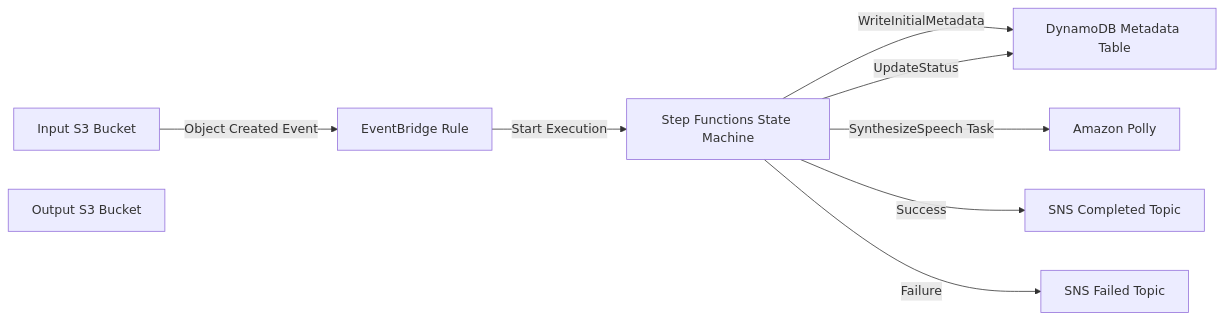
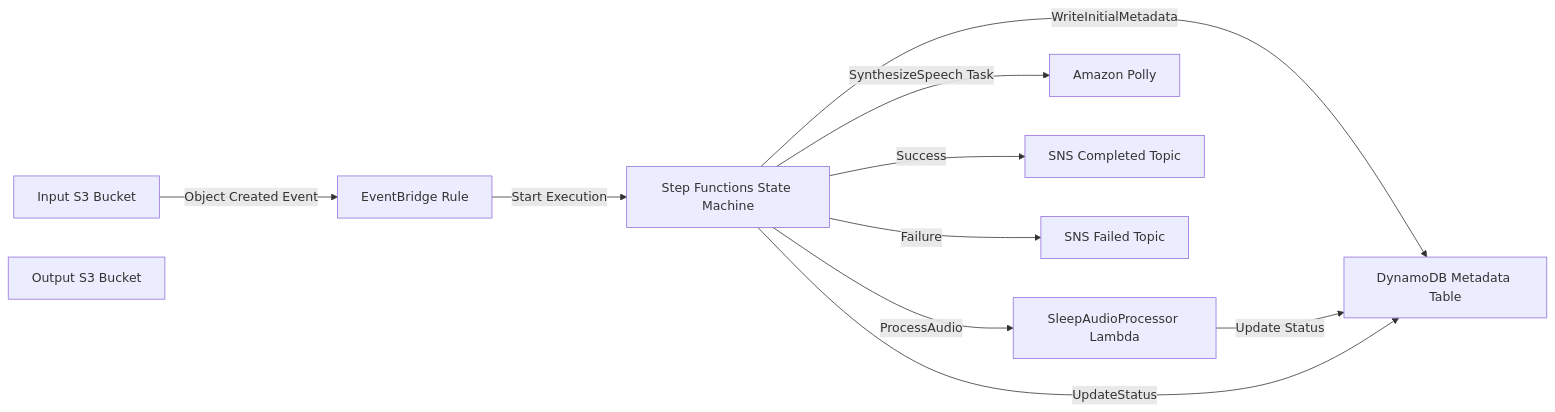
Before and after one commit to obstreperous-ai/cdk-sleep-csharp-kiro: the second of 2 diagrams in docs/ARCHITECTURE.md, drawn with Mermaid. The commit also changed other lines of this file and 4 other files, not shown here.

First line of the commit message:
feat: add SleepAudioProcessor Lambda and integrate into state machine

````diff
--- a/docs/ARCHITECTURE.md
+++ b/docs/ARCHITECTURE.md
@@ -88,11 +90,13 @@
 ```mermaid
 flowchart LR
     A[Input S3 Bucket] -->|Object Created Event| B[EventBridge Rule]
     B -->|Start Execution| C[Step Functions State Machine]
     C -->|WriteInitialMetadata| D[DynamoDB Metadata Table]
+    C -->|ProcessAudio| I[SleepAudioProcessor Lambda]
+    I -->|Update Status| D
     C -->|SynthesizeSpeech Task| E[Amazon Polly]
     C -->|UpdateStatus| D
     C -->|Success| G[SNS Completed Topic]
     C -->|Failure| H[SNS Failed Topic]
     F[Output S3 Bucket]
 ```
````
